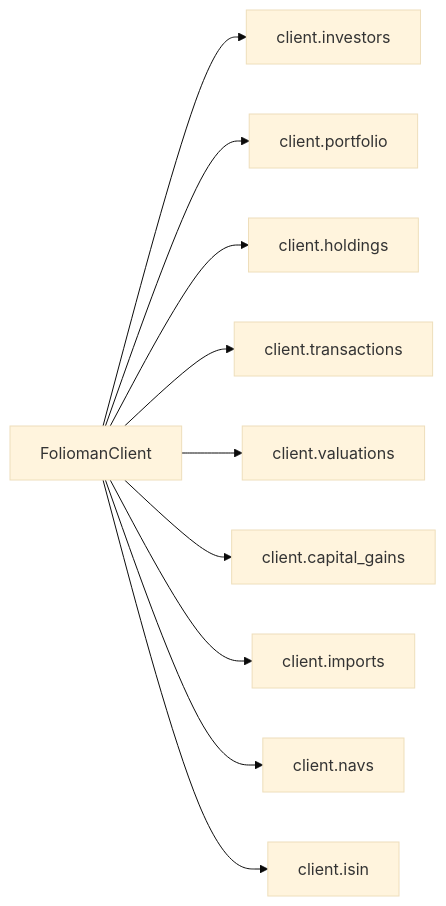
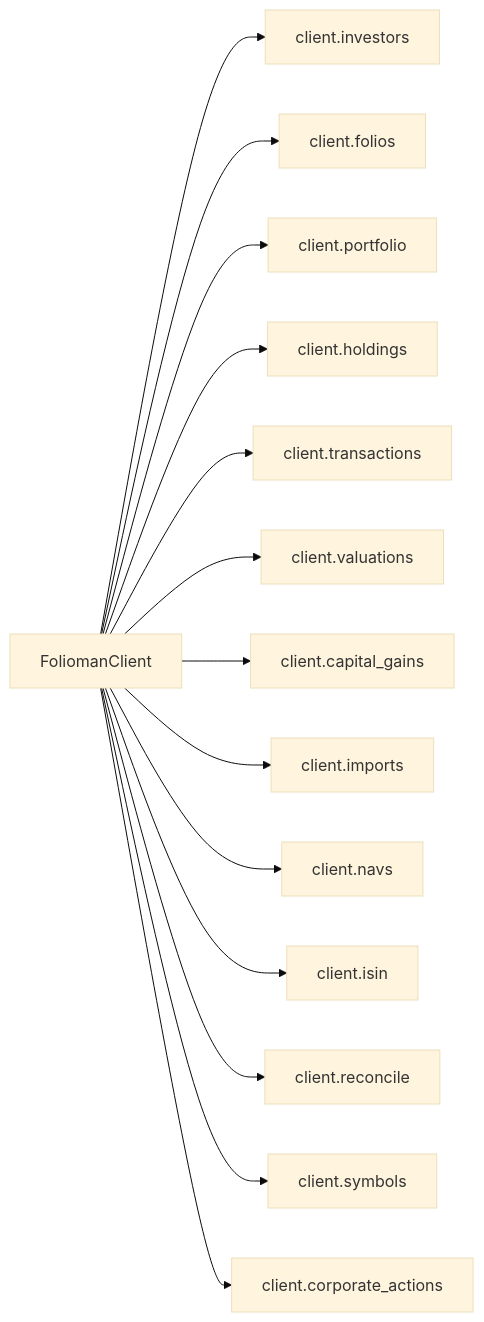
The diagram in docs/client.md (sid-146/folioman-client), drawn with Mermaid (base theme) before and after one commit. The commit also changed other lines of this file and 4 other files, not shown here.

````diff
--- a/docs/client.md
+++ b/docs/client.md
@@ -35,12 +35,16 @@
 ```mermaid
 graph LR
     Client[FoliomanClient] --> Inv[client.investors]
+    Client --> Fol[client.folios]
     Client --> Port[client.portfolio]
     Client --> Hold[client.holdings]
     Client --> Txn[client.transactions]
     Client --> Val[client.valuations]
     Client --> CG[client.capital_gains]
     Client --> Imp[client.imports]
     Client --> Nav[client.navs]
     Client --> ISIN[client.isin]
+    Client --> Rec[client.reconcile]
+    Client --> Sym[client.symbols]
+    Client --> CA[client.corporate_actions]
 ```
````
